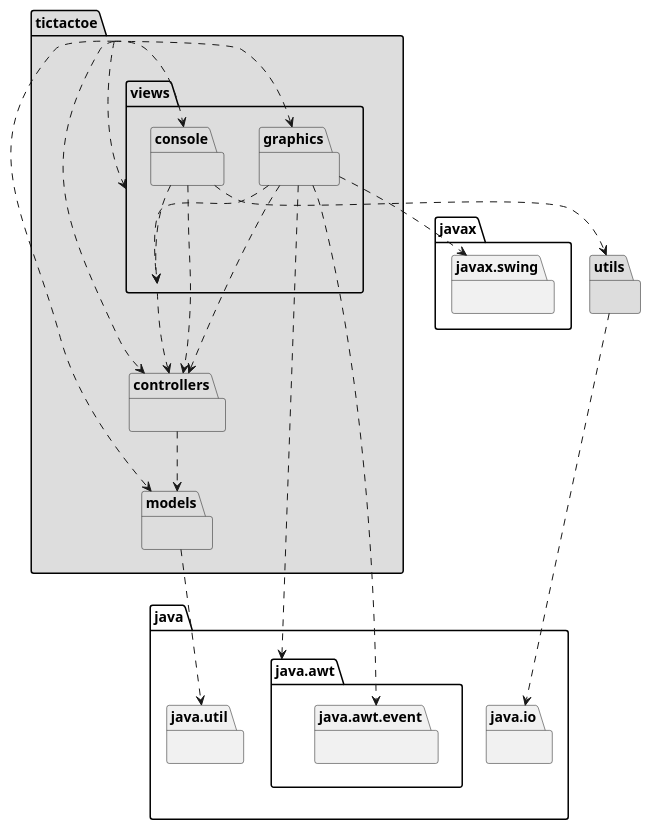
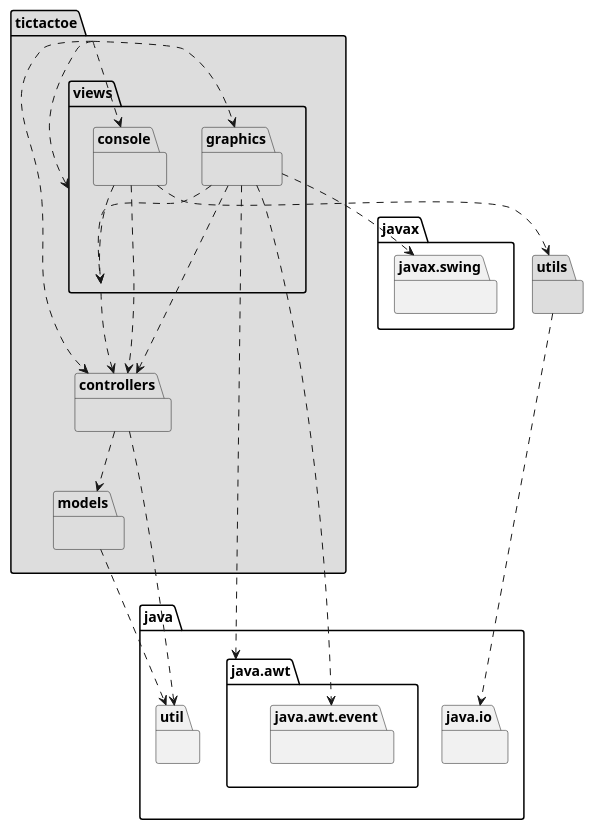
The first of 4 diagrams in docs/src/docs/asciidoc/index.adoc (x-USantaTecla-game-ticTacToe/java), drawn with PlantUML before and after one commit. The commit also changed other lines of this file and 12 other files, not shown here.

```diff
--- a/docs/src/docs/asciidoc/index.adoc
+++ b/docs/src/docs/asciidoc/index.adoc
@@ -34,40 +34,40 @@
 [plantuml,arquitecturaVersion7,svg]
 ....
 
 package tictactoe #DDDDDD { } 
 tictactoe .down.> tictactoe.views.graphics
-tictactoe .down.> tictactoe.models
 tictactoe .down.> tictactoe.views.console
 tictactoe .down.> tictactoe.controllers
 tictactoe .down.> tictactoe.views
 
 package tictactoe.controllers #DDDDDD { } 
 tictactoe.controllers .down.> tictactoe.models
+tictactoe.controllers .down.> java.util
 
 package tictactoe.models #DDDDDD { }
 package java.util{ }
 tictactoe.models .down.> java.util
 
 package utils #DDDDDD { } 
 package java.io{ }
 utils .down.> java.io
 
 package tictactoe.views #DDDDDD { } 
 tictactoe.views .down.> tictactoe.controllers
 
 package tictactoe.views.console #DDDDDD { } 
 tictactoe.views.console .down.> tictactoe.views
 tictactoe.views.console .down.> tictactoe.controllers 
 tictactoe.views.console .down.> utils
 
 package tictactoe.views.graphics #DDDDDD { } 
 package java.awt{ }
 tictactoe.views.graphics .down.> java.awt
 package java.awt.event{ }
 tictactoe.views.graphics .down.> java.awt.event
 tictactoe.views.graphics .down.> tictactoe.views
 tictactoe.views.graphics .down.> tictactoe.controllers 
 package javax.swing{ }
 tictactoe.views.graphics .down.> javax.swing
 
 ....
```
